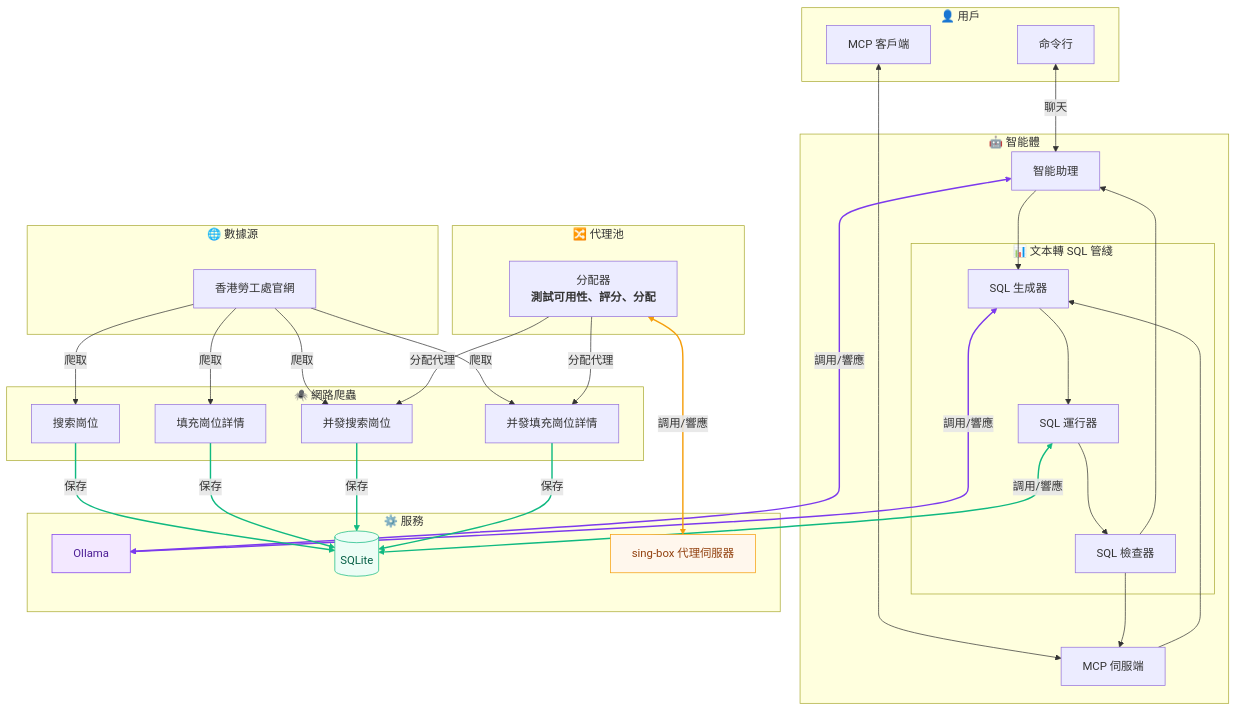
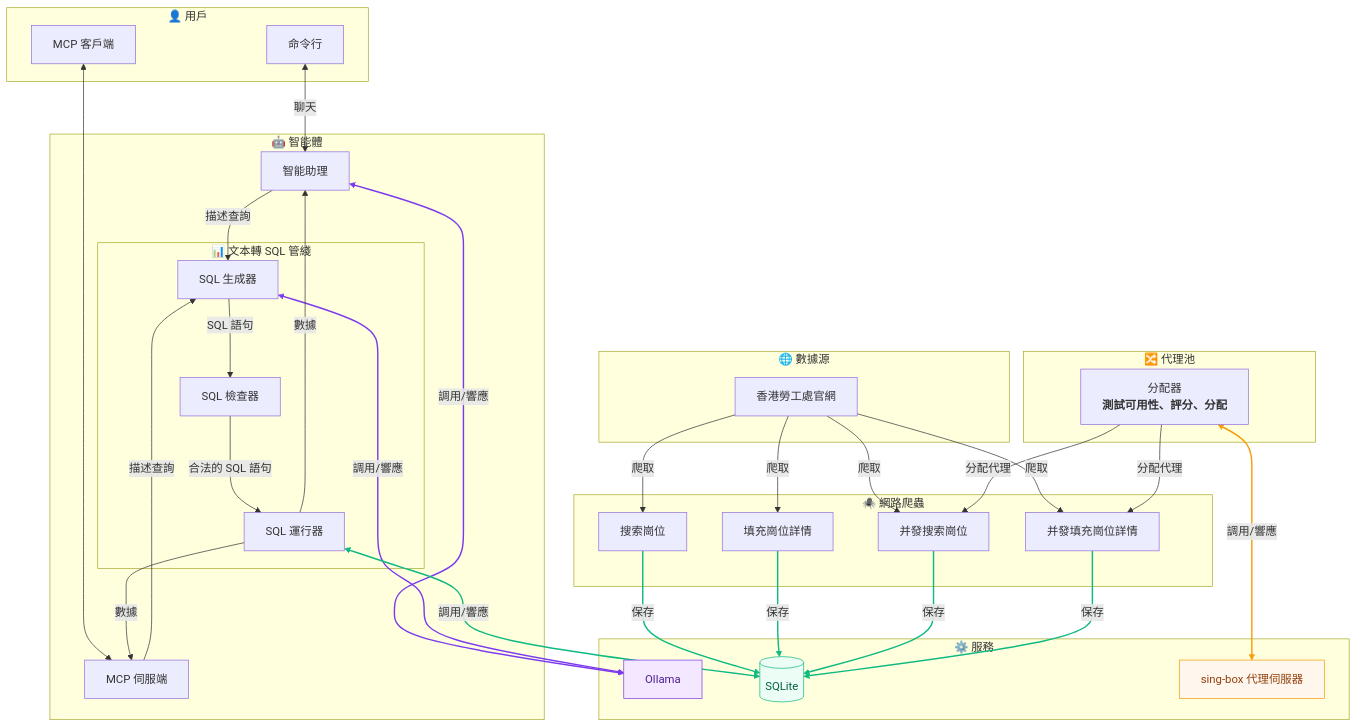
Before and after one commit to JJ-Jacko/jobs_hk: the diagram in README_zh_hk.md, drawn with Mermaid. The commit also changed 2 other files, not shown here.

Commit message:
fix(README.Structure): SQL_generator -> SQL_checker -> SQL_runner workflow path error.

````diff
--- a/README_zh_hk.md
+++ b/README_zh_hk.md
@@ -91,19 +91,19 @@
     CLI <-->|聊天| assistant
     MCP_CLIENT <--> MCP_server
 
+    assistant -->|描述查詢| SQL_generator
     assistant <-->|調用/響應| Ollama
-    assistant --> SQL_generator
 
-    MCP_server --> SQL_generator
+    MCP_server -->|描述查詢| SQL_generator
 
-    SQL_generator --> SQL_runner
+    SQL_generator -->|SQL 語句| SQL_checker
     SQL_generator <-->|調用/響應| Ollama
 
-    SQL_runner --> SQL_checker
+    SQL_checker -->|合法的 SQL 語句| SQL_runner
+
+    SQL_runner -->|數據| assistant
+    SQL_runner -->|數據| MCP_server
     SQL_runner <-->|調用/響應| SQLite
-
-    SQL_checker --> assistant
-    SQL_checker --> MCP_server
 
     web_src -->|爬取| search_job
     web_src -->|爬取| fill_job
@@ -127,7 +127,7 @@
     class SQLite green;
     class proxy_server orange;
 
-    linkStyle 2,6 stroke:#7C3AED,stroke-width:2px
-    linkStyle 8,15,16,17,18 stroke:#10B981,stroke-width:2px
+    linkStyle 3,6 stroke:#7C3AED,stroke-width:2px
+    linkStyle 10,15,16,17,18 stroke:#10B981,stroke-width:2px
     linkStyle 21 stroke:#F59E0B,stroke-width:2px
 ```
````
